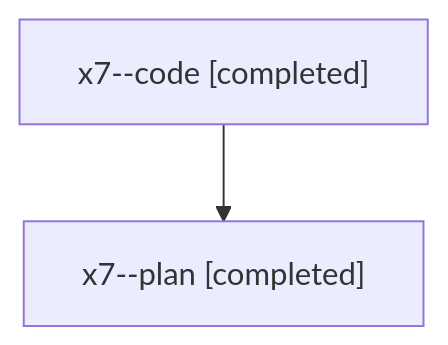
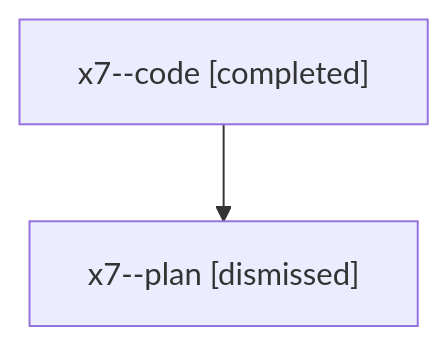
Before and after one commit to sase-org/sase--agents: the diagram in families/bbugyi200.athena.x7.md, drawn with Mermaid. The commit also changed other lines of this file and 1973 other files, not shown here.

````diff
--- a/families/bbugyi200.athena.x7.md
+++ b/families/bbugyi200.athena.x7.md
@@ -9,6 +9,6 @@
 ```mermaid
 flowchart TD
   n0["x7--code [completed]"]
-  n1["x7--plan [completed]"]
+  n1["x7--plan [dismissed]"]
   n0 --> n1
 ```
````
